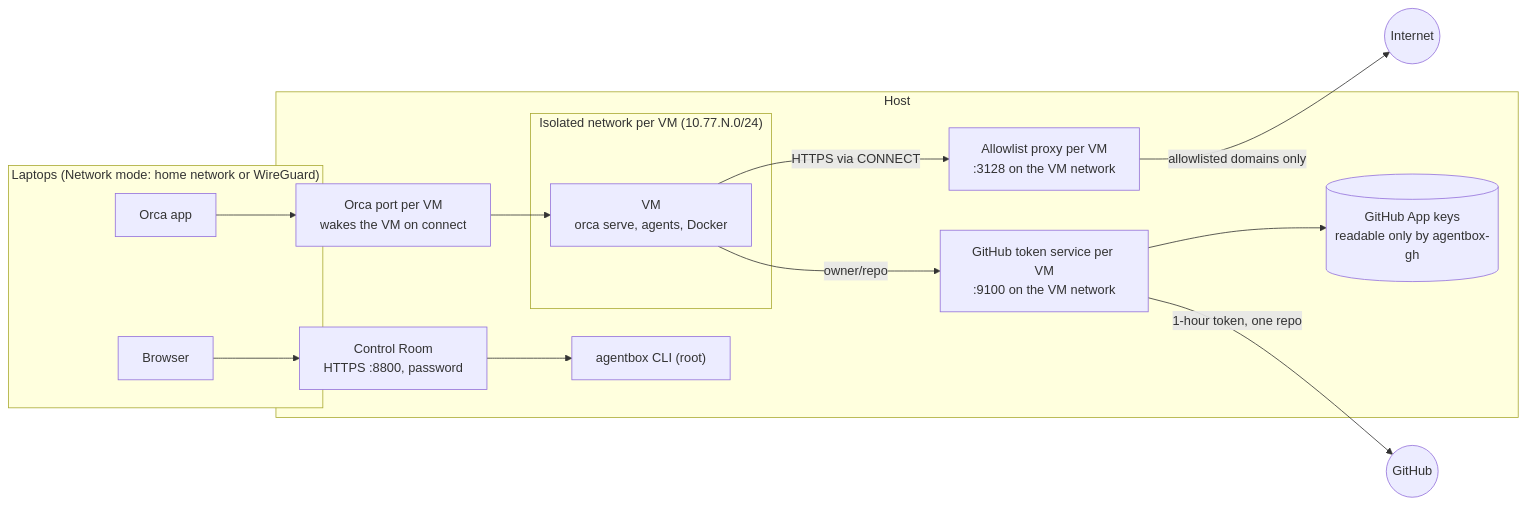
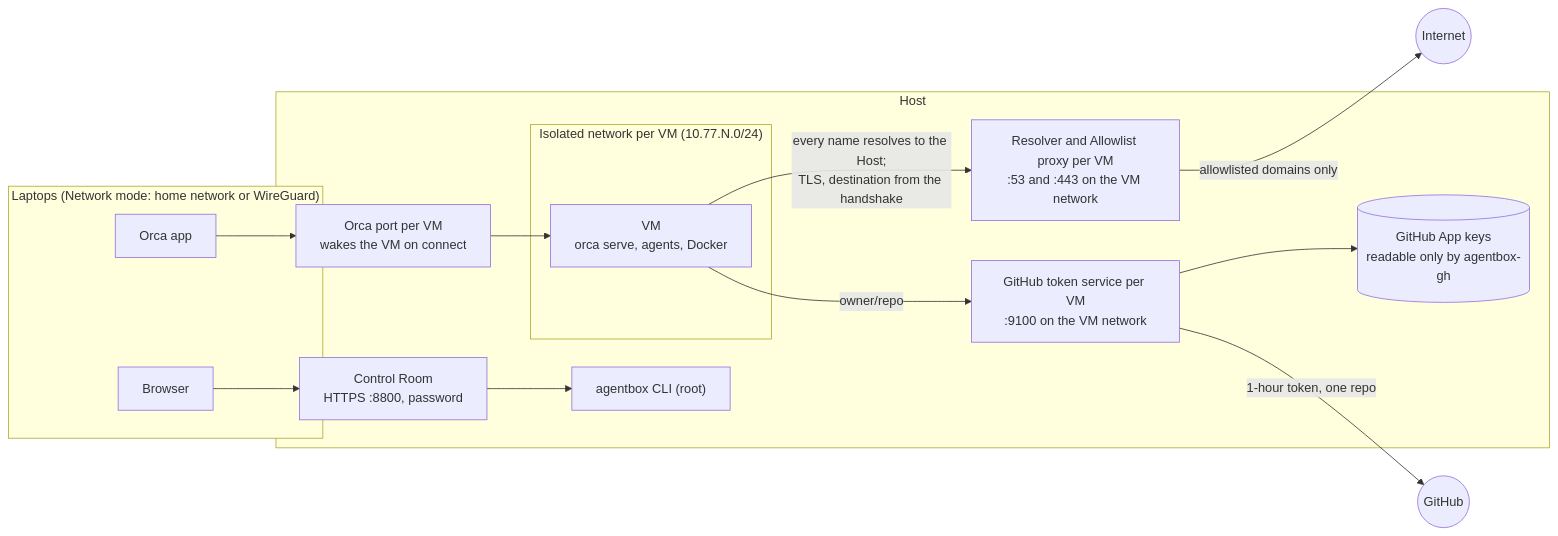
One commit to likt0r/askos changed the diagram in ARCHITECTURE.md. Above: the diagram before and after it, drawn with Mermaid. The commit also changed other lines of this file and 43 other files, not shown here.

First line of the commit message:
feat: the proxy is transparent, names come from the TLS handshake and the resolver answers every name with the Host (#37)

````diff
--- a/ARCHITECTURE.md
+++ b/ARCHITECTURE.md
@@ -18,26 +18,26 @@
 ```mermaid
 flowchart LR
   subgraph laptops["Laptops (Network mode: home network or WireGuard)"]
     orca["Orca app"]
     browser["Browser"]
   end
   subgraph host["Host"]
     gui["Orca port per VM<br/>wakes the VM on connect"]
     cr["Control Room<br/>HTTPS :8800, password"]
     cli["agentbox CLI (root)"]
-    proxy["Allowlist proxy per VM<br/>:3128 on the VM network"]
+    proxy["Resolver and Allowlist proxy per VM<br/>:53 and :443 on the VM network"]
     gh["GitHub token service per VM<br/>:9100 on the VM network"]
     key[("GitHub App keys<br/>readable only by agentbox-gh")]
     subgraph vmnet["Isolated network per VM (10.77.N.0/24)"]
       vm["VM<br/>orca serve, agents, Docker"]
     end
   end
   internet(("Internet"))
   github(("GitHub"))
 
   orca --> gui --> vm
   browser --> cr --> cli
-  vm -- "HTTPS via CONNECT" --> proxy -- "allowlisted domains only" --> internet
+  vm -- "every name resolves to the Host;<br/>TLS, destination from the handshake" --> proxy -- "allowlisted domains only" --> internet
   vm -- "owner/repo" --> gh --> key
   gh -- "1-hour token, one repo" --> github
 ```
````
